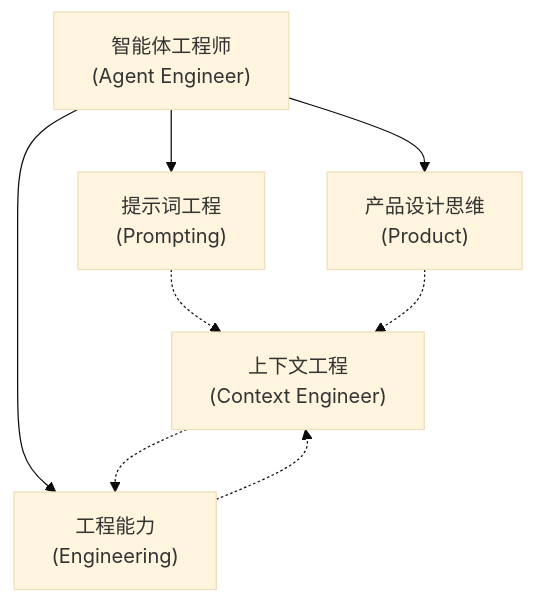
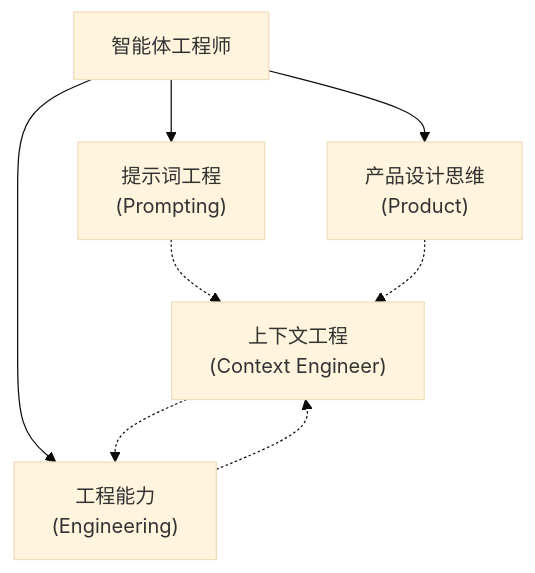
Before and after one commit to yeasy/agentic_ai_guide: the fourth of 4 diagrams in 03_memory/3.6_context_engineering.md, drawn with Mermaid (base theme). The commit also changed other lines of this file and 48 other files, not shown here.

````diff
--- a/03_memory/3.6_context_engineering.md
+++ b/03_memory/3.6_context_engineering.md
@@ -566,19 +566,19 @@
 ```mermaid
 graph TD
-    AgentEng["智能体工程师<br/>(Agent Engineer)"]
+    AgentEng["智能体工程师"]
     
     Prompt["提示词工程<br/>(Prompting)"]
     Eng["工程能力<br/>(Engineering)"]
     Prod["产品设计思维<br/>(Product)"]
     
     Context["上下文工程<br/>(Context Engineer)"]
     
     AgentEng --> Prompt
     AgentEng --> Eng
     AgentEng --> Prod
     
     Prompt -.-> Context
     Eng -.-> Context
     Prod -.-> Context
     Context -.-> Eng
 ```
````
